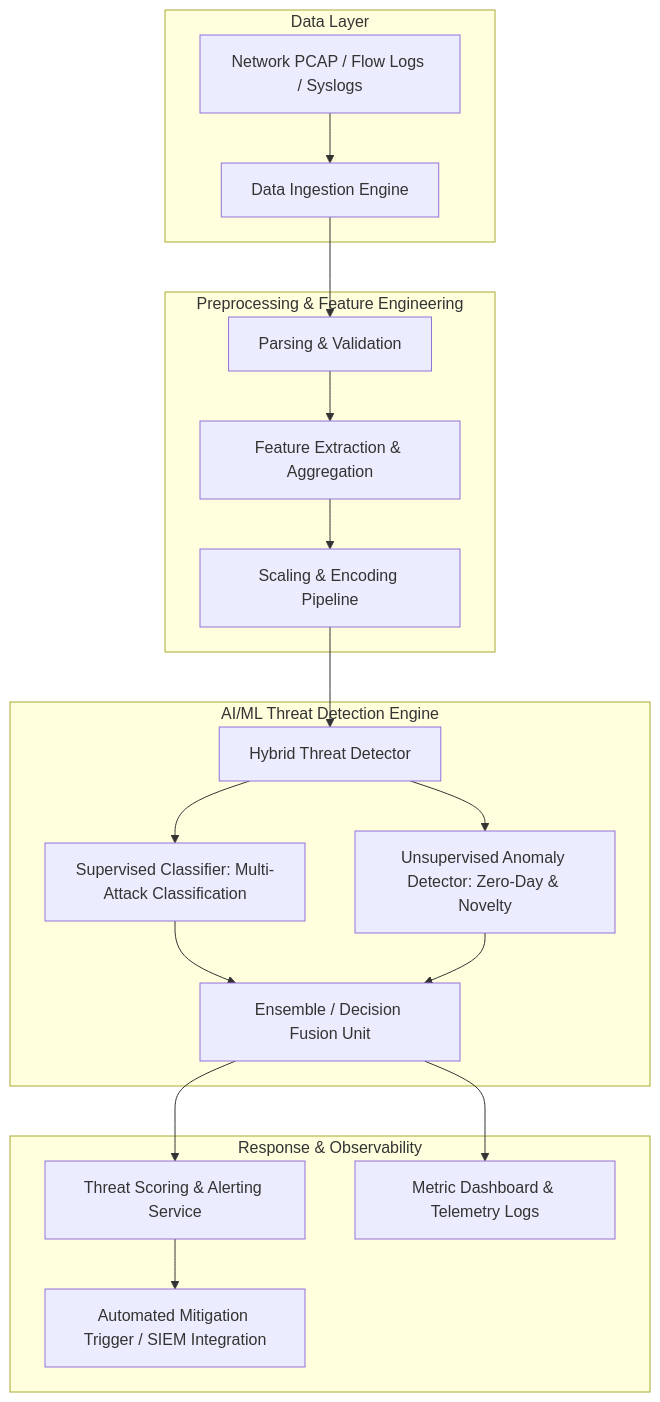
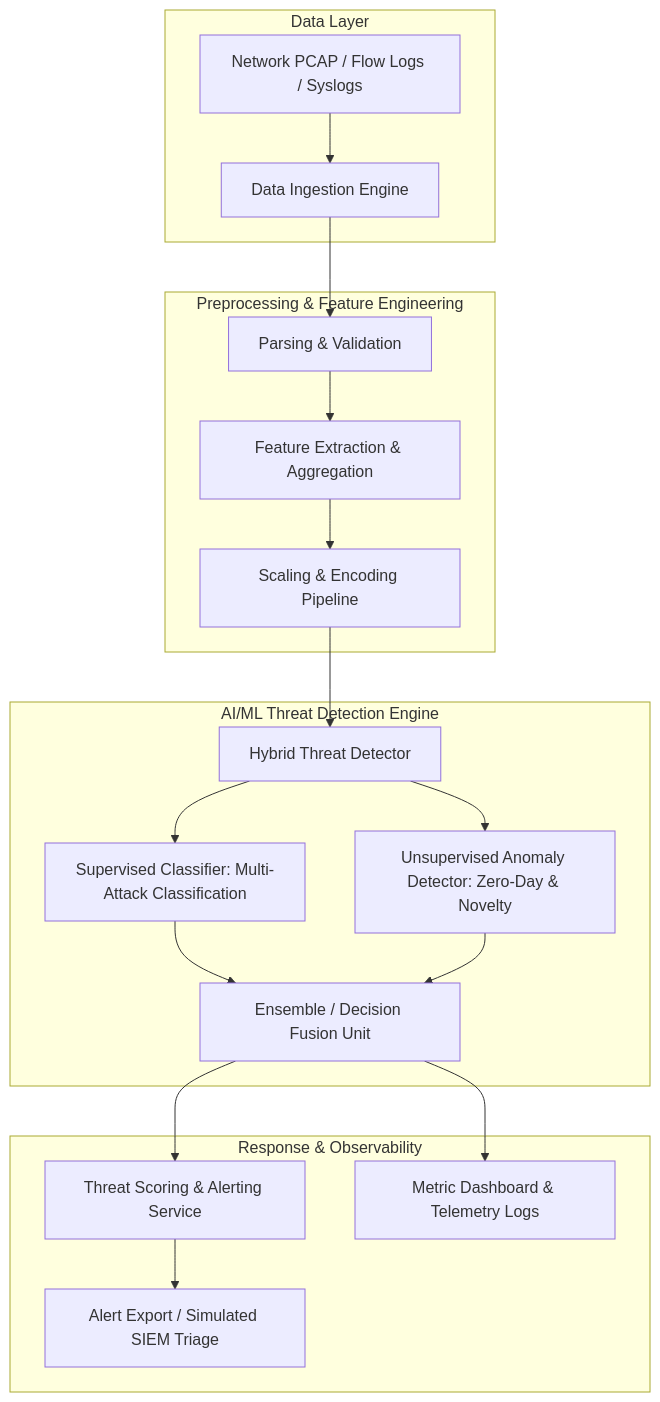
Before and after one commit to AkashDas-AI/AI-Powered-Cybersecurity-Threat-Detection: the diagram in docs/architecture.md, drawn with Mermaid. The commit also changed other lines of this file and 3 other files, not shown here.

Commit message:
docs: ground portfolio claims, add screenshot notices, and align architecture specs

````diff
--- a/docs/architecture.md
+++ b/docs/architecture.md
@@ -7,26 +7,26 @@
 ```mermaid
 flowchart TD
     subgraph Data Layer
         A[Network PCAP / Flow Logs / Syslogs] --> B[Data Ingestion Engine]
     end
 
     subgraph Preprocessing & Feature Engineering
         B --> C[Parsing & Validation]
         C --> D[Feature Extraction & Aggregation]
         D --> E[Scaling & Encoding Pipeline]
     end
 
     subgraph AI/ML Threat Detection Engine
         E --> F[Hybrid Threat Detector]
         F --> G1[Supervised Classifier: Multi-Attack Classification]
         F --> G2[Unsupervised Anomaly Detector: Zero-Day & Novelty]
         G1 --> H[Ensemble / Decision Fusion Unit]
         G2 --> H
     end
 
     subgraph Response & Observability
         H --> I[Threat Scoring & Alerting Service]
         H --> J[Metric Dashboard & Telemetry Logs]
-        I --> K[Automated Mitigation Trigger / SIEM Integration]
+        I --> K[Alert Export / Simulated SIEM Triage]
     end
 ```
````
